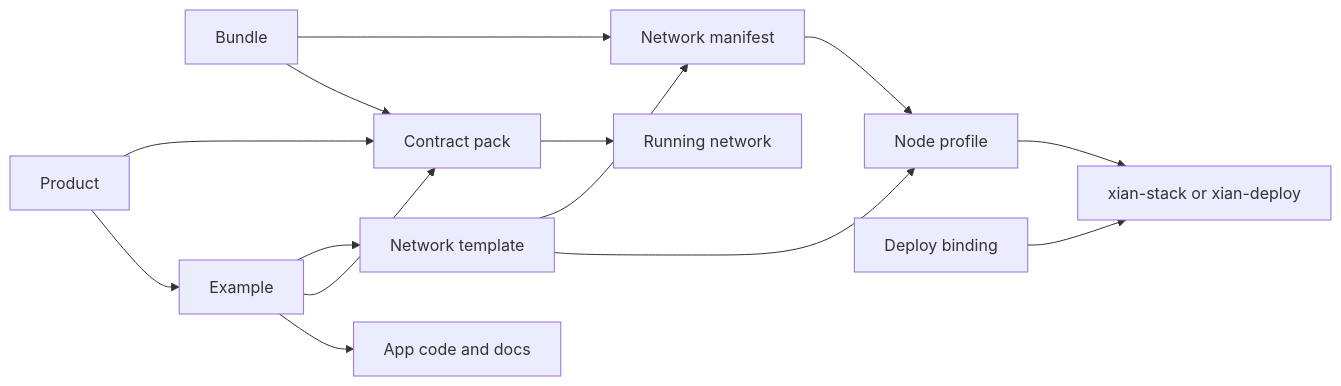
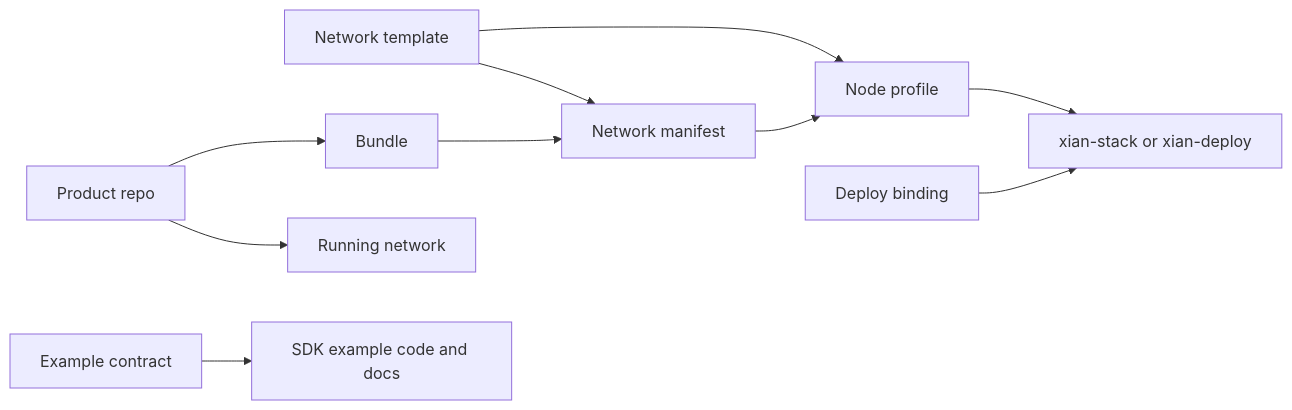
Before and after one commit to xian-technology/xian-docs-web: the diagram in node/config-taxonomy.md, drawn with Mermaid. The commit also changed other lines of this file and 27 other files, not shown here.

First line of the commit message:
Docs restructure: drop contract-pack and example pages; nav/content updates

````diff
--- a/node/config-taxonomy.md
+++ b/node/config-taxonomy.md
@@ -19,16 +18,12 @@
 ```mermaid
 flowchart LR
   Template["Network template"] --> Manifest["Network manifest"]
   Template --> Profile["Node profile"]
   Manifest --> Profile
   Profile --> Runtime["xian-stack or xian-deploy"]
   Binding["Deploy binding"] --> Runtime
   Bundle["Bundle"] --> Manifest
-  Product["Product"] --> ContractPack
-  Product --> Example
-  Bundle --> ContractPack["Contract pack"]
-  ContractPack --> Running["Running network"]
-  Example["Example"] --> Template
-  Example --> ContractPack
-  Example --> AppCode["App code and docs"]
+  Product["Product repo"] --> Bundle
+  Product --> Running["Running network"]
+  Example["Example contract"] --> AppCode["SDK example code and docs"]
 ```
````
